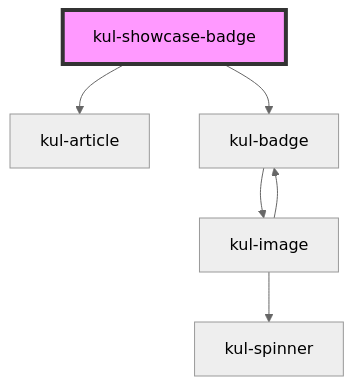
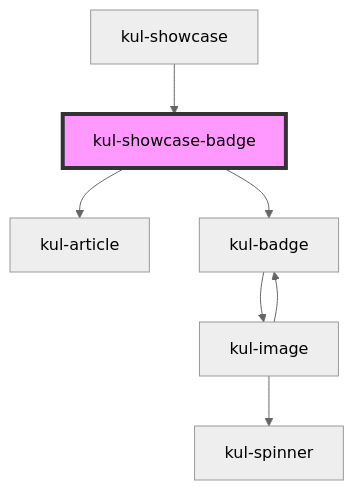
The diagram in packages/ketchup-lite/src/components/kul-showcase/components/badge/readme.md (lucafoscili/ketchup-lite), drawn with Mermaid (neutral theme) before and after one commit. The commit also changed other lines of this file and 45 other files, not shown here.

````diff
--- a/packages/ketchup-lite/src/components/kul-showcase/components/badge/readme.md
+++ b/packages/ketchup-lite/src/components/kul-showcase/components/badge/readme.md
@@ -23,9 +27,10 @@
 ```mermaid
 graph TD;
   kul-showcase-badge --> kul-article
   kul-showcase-badge --> kul-badge
   kul-badge --> kul-image
   kul-image --> kul-spinner
   kul-image --> kul-badge
+  kul-showcase --> kul-showcase-badge
   style kul-showcase-badge fill:#f9f,stroke:#333,stroke-width:4px
 ```
````
